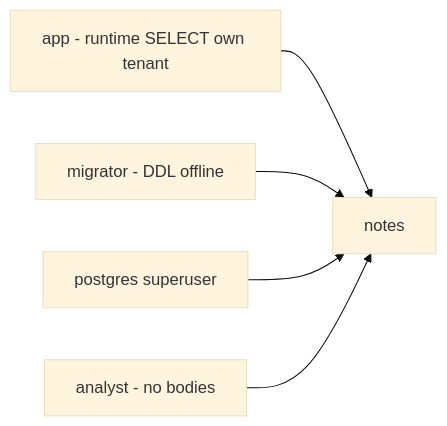
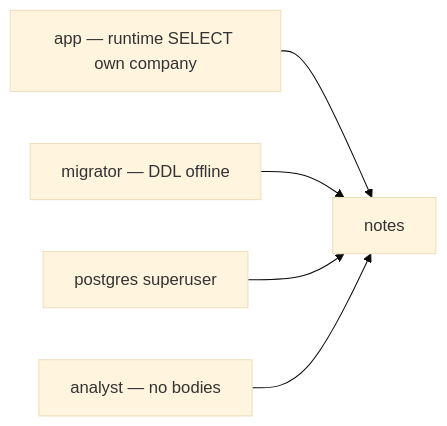
The second of 2 diagrams in content/modules/3/3.3/lessons/01-property.md (ishitvagoel/LearnSecurity), drawn with Mermaid (base theme) before and after one commit. The commit also changed other lines of this file and 31 other files, not shown here.

````diff
--- a/content/modules/3/3.3/lessons/01-property.md
+++ b/content/modules/3/3.3/lessons/01-property.md
@@ -35,7 +36,7 @@
 ```mermaid
 flowchart LR
-  AppRole["app - runtime SELECT own tenant"] --> Notes[notes]
-  Migrator["migrator - DDL offline"] --> Notes
+  AppRole["app — runtime SELECT own company"] --> Notes[notes]
+  Migrator["migrator — DDL offline"] --> Notes
   Super["postgres superuser"] --> Notes
-  Analyst["analyst - no bodies"] --> Notes
+  Analyst["analyst — no bodies"] --> Notes
 ```
````
